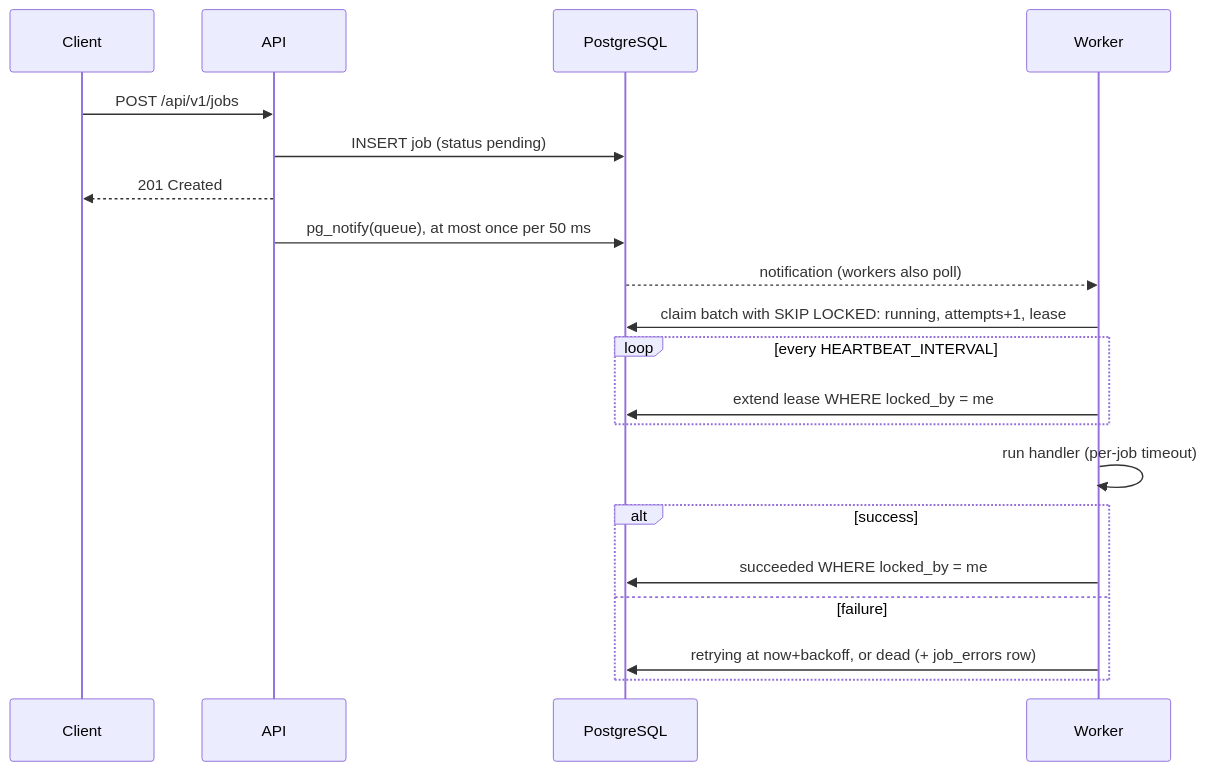
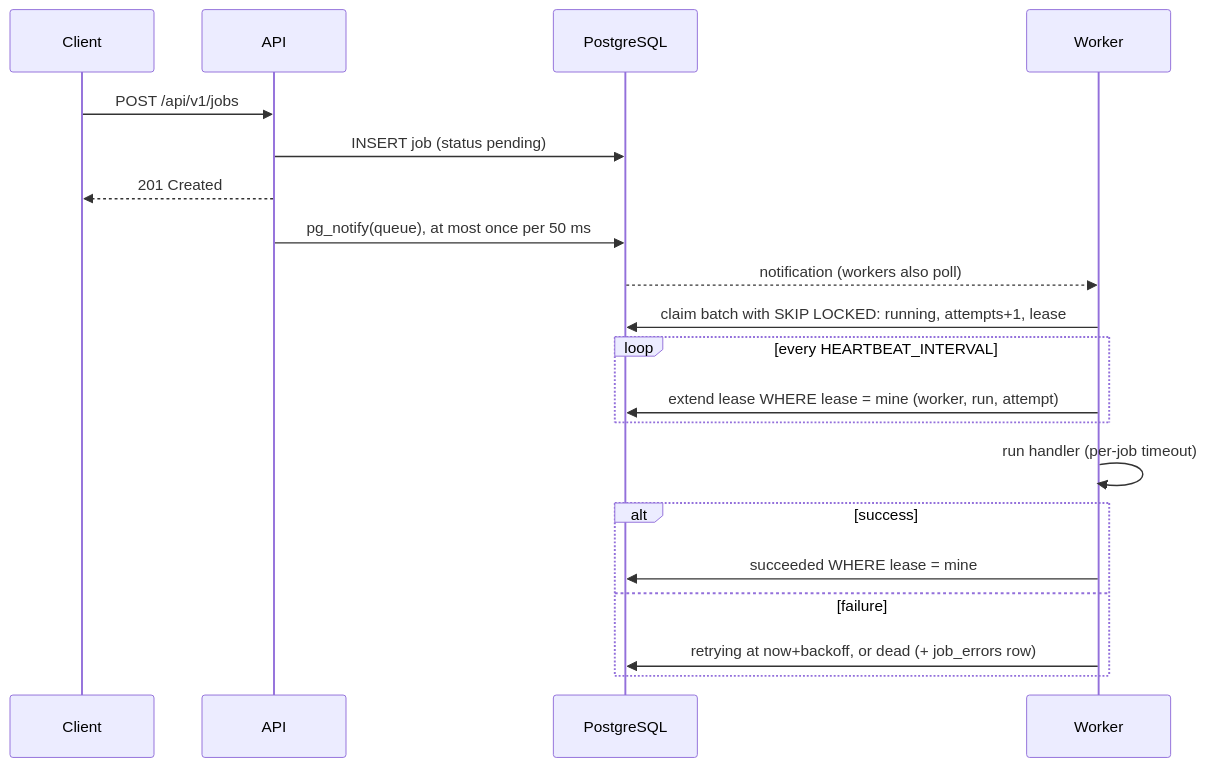
Before and after one commit to MFarrelAkbar1/ForgeQ-Backend: the second of 3 diagrams in README.md, drawn with Mermaid. The commit also changed other lines of this file and 2 other files, not shown here.

Commit message:
training-notes

````diff
--- a/README.md
+++ b/README.md
@@ -60,22 +60,22 @@
 ```mermaid
 sequenceDiagram
     participant C as Client
     participant A as API
     participant P as PostgreSQL
     participant W as Worker
     C->>A: POST /api/v1/jobs
     A->>P: INSERT job (status pending)
     A-->>C: 201 Created
     A->>P: pg_notify(queue), at most once per 50 ms
     P-->>W: notification (workers also poll)
     W->>P: claim batch with SKIP LOCKED: running, attempts+1, lease
     loop every HEARTBEAT_INTERVAL
-        W->>P: extend lease WHERE locked_by = me
+        W->>P: extend lease WHERE lease = mine (worker, run, attempt)
     end
     W->>W: run handler (per-job timeout)
     alt success
-        W->>P: succeeded WHERE locked_by = me
+        W->>P: succeeded WHERE lease = mine
     else failure
         W->>P: retrying at now+backoff, or dead (+ job_errors row)
     end
 ```
````
